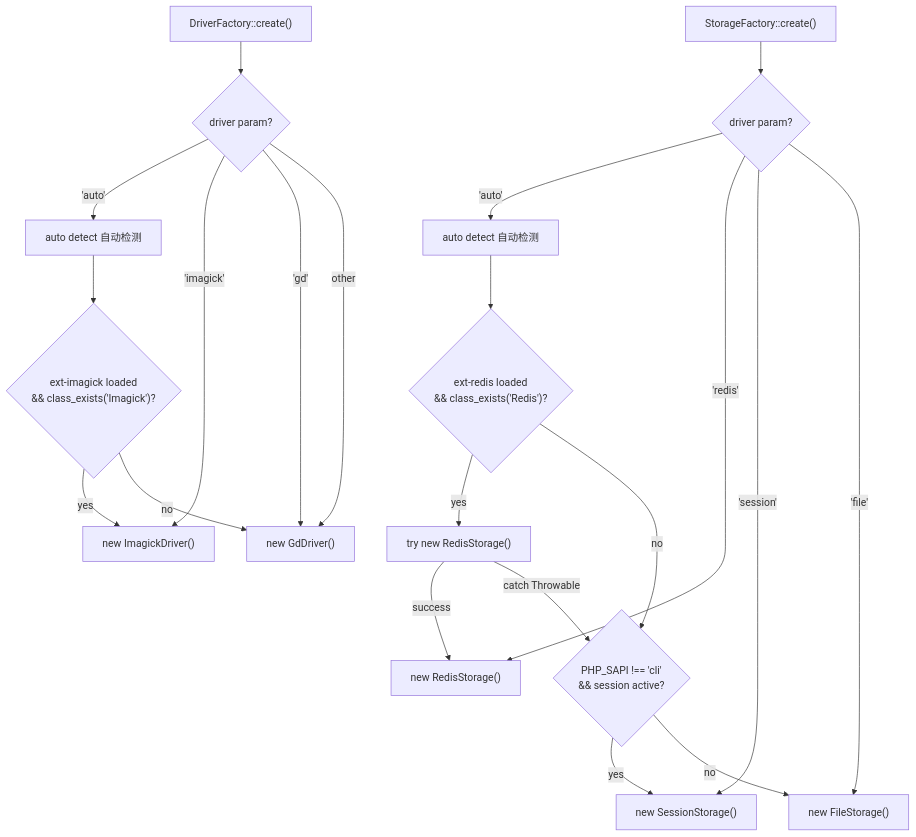
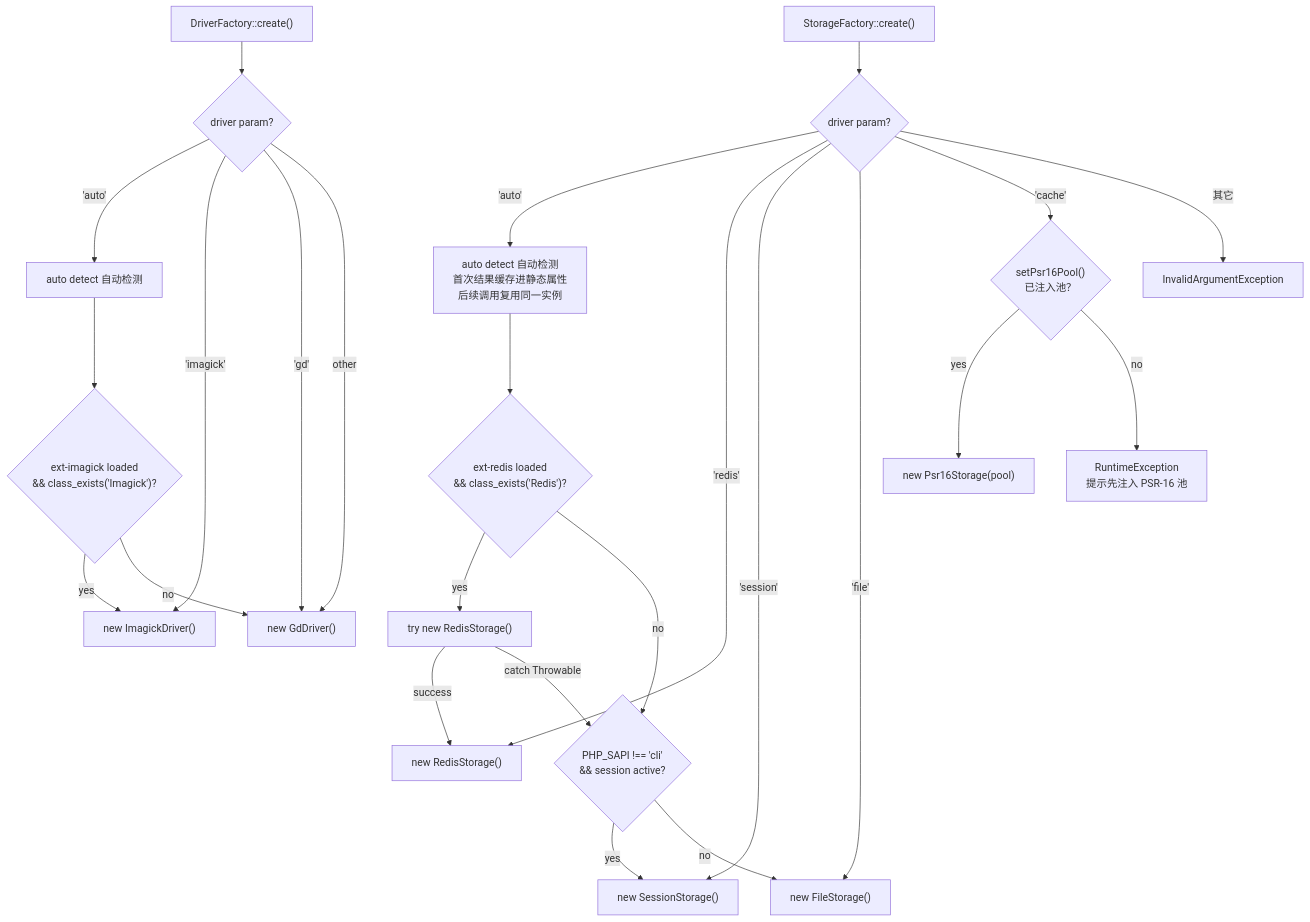
One commit to erikwang2013/poster-php changed the eighth of 11 diagrams in docs/architecture.md. Above: the diagram before and after it, drawn with Mermaid. The commit also changed other lines of this file and 24 other files, not shown here.

Commit message:
fix: 存储层并发与静默失效（FileStorage 加锁与原子写、Session 守卫、auto 探测缓存）+ feat: PSR-16 适配与 Laravel 图片端点

````diff
--- a/docs/architecture.md
+++ b/docs/architecture.md
@@ -409,29 +413,34 @@
 ```mermaid
 graph TB
     START["DriverFactory::create()"] --> CHECK_DRIVER{"driver param?"}
 
     CHECK_DRIVER -->|"'auto'"| AUTO_DETECT
     CHECK_DRIVER -->|"'imagick'"| IM["new ImagickDriver()"]
     CHECK_DRIVER -->|"'gd'"| GD["new GdDriver()"]
     CHECK_DRIVER -->|"other"| GD
 
     AUTO_DETECT["auto detect 自动检测"] --> IM_CHECK{"ext-imagick loaded<br/>&& class_exists('Imagick')?"}
     IM_CHECK -->|"yes"| IM
     IM_CHECK -->|"no"| GD
 
     START2["StorageFactory::create()"] --> CHECK_STORAGE{"driver param?"}
 
     CHECK_STORAGE -->|"'auto'"| S_AUTO
     CHECK_STORAGE -->|"'redis'"| RS["new RedisStorage()"]
     CHECK_STORAGE -->|"'session'"| SS["new SessionStorage()"]
     CHECK_STORAGE -->|"'file'"| FS["new FileStorage()"]
+    CHECK_STORAGE -->|"'cache'"| POOL_CHECK{"setPsr16Pool()<br/>已注入池？"}
+    CHECK_STORAGE -->|"其它"| THROW["InvalidArgumentException"]
 
-    S_AUTO["auto detect 自动检测"] --> REDIS_CHECK{"ext-redis loaded<br/>&& class_exists('Redis')?"}
+    POOL_CHECK -->|"yes"| PS["new Psr16Storage(pool)"]
+    POOL_CHECK -->|"no"| THROW_CACHE["RuntimeException<br/>提示先注入 PSR-16 池"]
+
+    S_AUTO["auto detect 自动检测<br/>首次结果缓存进静态属性<br/>后续调用复用同一实例"] --> REDIS_CHECK{"ext-redis loaded<br/>&& class_exists('Redis')?"}
     REDIS_CHECK -->|"yes"| TRY_REDIS["try new RedisStorage()"]
     TRY_REDIS -->|"success"| RS
     TRY_REDIS -->|"catch Throwable"| SESSION_CHECK
     
     REDIS_CHECK -->|"no"| SESSION_CHECK{"PHP_SAPI !== 'cli'<br/>&& session active?"}
     SESSION_CHECK -->|"yes"| SS
     SESSION_CHECK -->|"no"| FS
 ```
````
